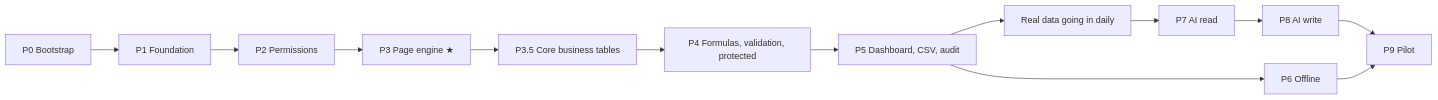
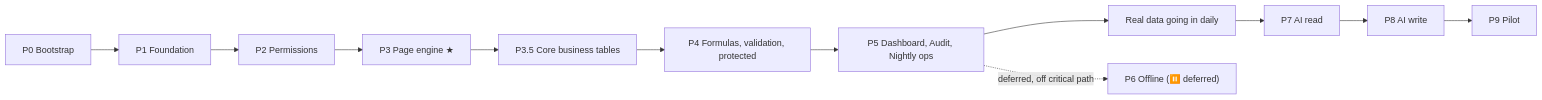
One commit to Aathi-kshan/VELMART_ACCOUNTING_AGENT changed the diagram in docs/IMPLEMENTATION_PLAN.md. Above: the diagram before and after it, drawn with Mermaid. The commit also changed other lines of this file and 266 other files, not shown here.

````diff
--- a/docs/IMPLEMENTATION_PLAN.md
+++ b/docs/IMPLEMENTATION_PLAN.md
@@ -441,9 +519,8 @@
 ```mermaid
 flowchart LR
     P0["P0 Bootstrap"] --> P1["P1 Foundation"] --> P2["P2 Permissions"] --> P3["P3 Page engine ★"]
-    P3 --> P35["P3.5 Core business tables"] --> P4["P4 Formulas, validation, protected"] --> P5["P5 Dashboard, CSV, audit"]
-    P5 --> P6["P6 Offline"]
+    P3 --> P35["P3.5 Core business tables"] --> P4["P4 Formulas, validation, protected"] --> P5["P5 Dashboard, Audit, Nightly ops"]
     P5 --> REAL["Real data going in daily"]
     REAL --> P7["P7 AI read"] --> P8["P8 AI write"] --> P9["P9 Pilot"]
-    P6 --> P9
+    P5 -.deferred, off critical path.-> P6["P6 Offline (⏸️ deferred)"]
 ```
````
